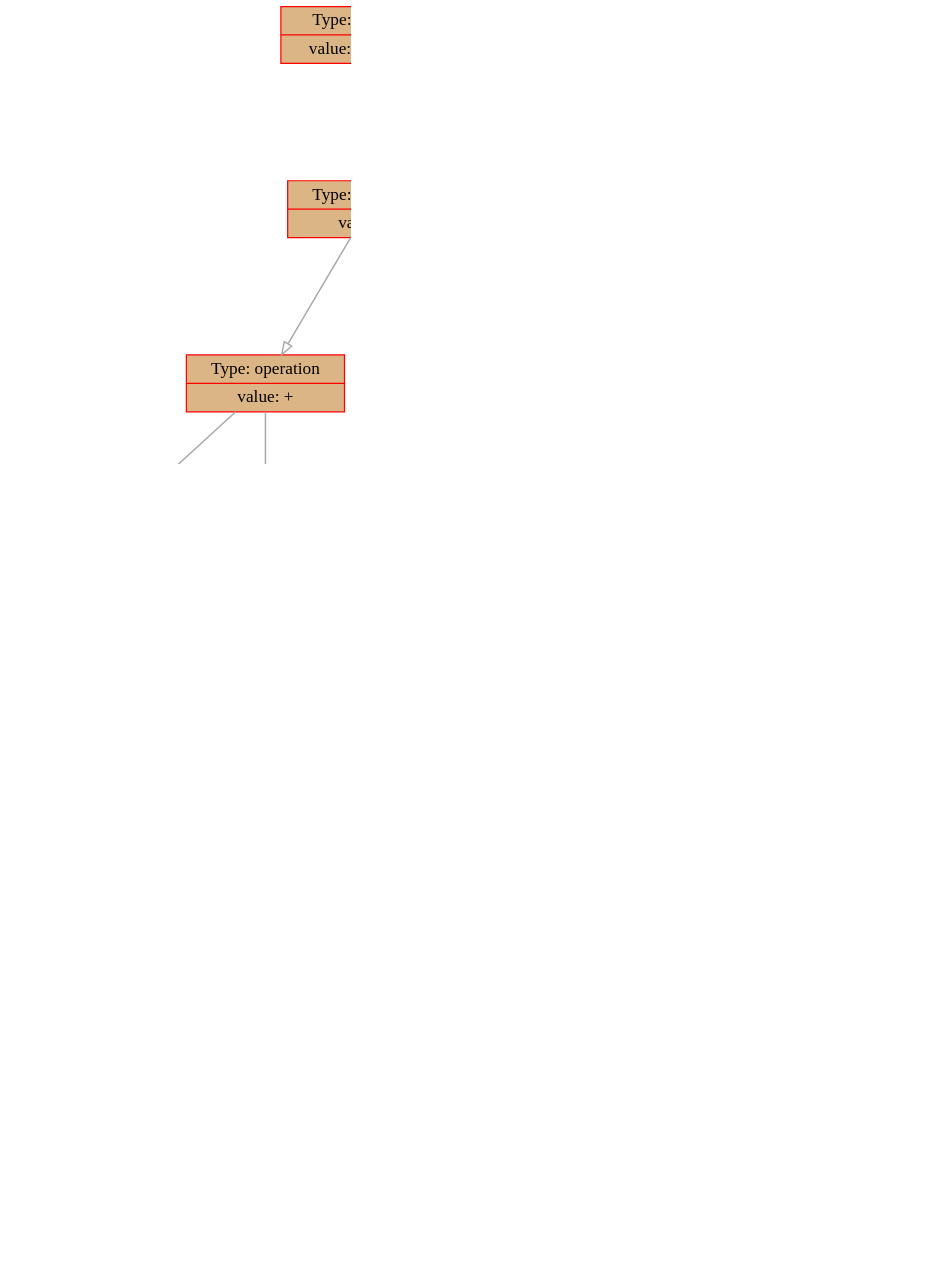
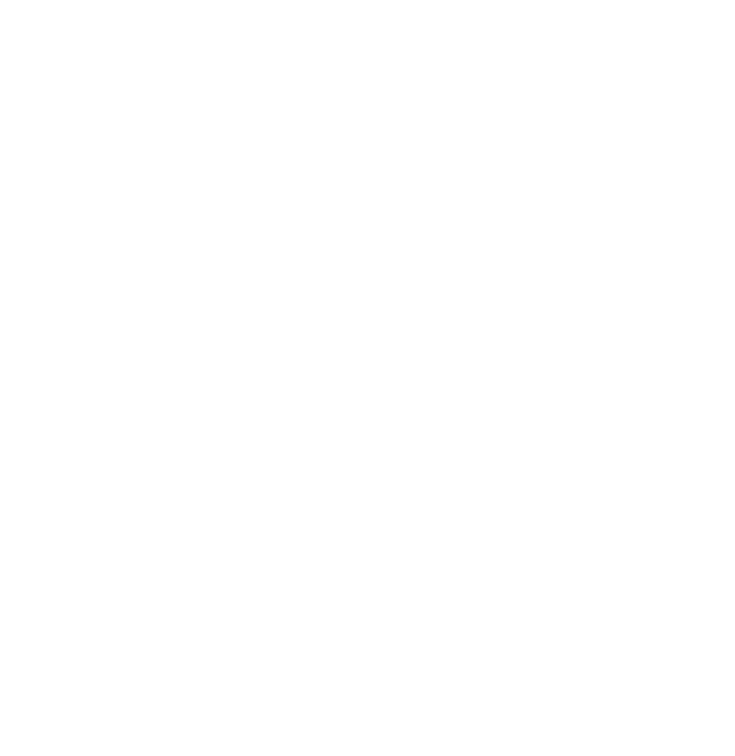
One commit to dodokek/ProgrammingLanguage changed the diagram in frontend/data/graph.dot. Above: the diagram before and after it, drawn with Graphviz. The commit also changed 5 other files, not shown here.

```diff
--- a/frontend/data/graph.dot
+++ b/frontend/data/graph.dot
@@ -1,64 +1,43 @@
 
     digraph g {
         dpi      = 200;
         fontname = "Comic Sans MS";
         fontsize = 20;
         rankdir   =  TB;
         edge [color = darkgrey, arrowhead = onormal, arrowsize = 1, penwidth = 1.2]
         graph[fillcolor = lightgreen, ranksep = 1.3, nodesep = 0.5,
         style = "rounded, filled",color = green, penwidth = 2]
 
-    Node0000023e87248470[shape=record, width=0.2, style="filled", color="red", fillcolor="#DBB585",label=" {Type: operation | value: Statement}"] 
+    Node0000026e55757800[shape=record, width=0.2, style="filled", color="red", fillcolor="#DBB585",label=" {Type: operation | value: Statement}"] 
  
-Node0000023e872484a0[shape=record, width=0.2, style="filled", color="red", fillcolor="#DBB585",label=" {Type: operation | value: if}"] 
+Node0000026e55757770[shape=record, width=0.2, style="filled", color="red", fillcolor="#DBB585",label=" {Type: operation | value: While}"] 
  
-Node0000023e87247f40[shape=record, width=0.2, style="filled", color="red", fillcolor="#DBB585",label=" {Type: operation | value: +}"] 
+Node0000026e55757680[shape=record, width=0.2, style="filled", color="red", fillcolor="#DBB585",label=" {Type: operation | value: +}"] 
  
-Node0000023e872475b0[shape=record, width=0.2, style="filled", color="red", fillcolor="#DB8E21",label=" {Type: number | value: 5}"] 
+Node0000026e557575b0[shape=record, width=0.2, style="filled", color="red", fillcolor="#DB8E21",label=" {Type: number | value: 1}"] 
  
-Node0000023e872475e0[shape=record, width=0.2, style="filled", color="red", fillcolor="#DB8E21",label=" {Type: number | value: 5}"] 
+Node0000026e55757650[shape=record, width=0.2, style="filled", color="red", fillcolor="#DB8E21",label=" {Type: number | value: 2}"] 
  
-Node0000023e872481a0[shape=record, width=0.2, style="filled", color="red", fillcolor="#DBB585",label=" {Type: operation | value: else}"] 
+Node0000026e55757740[shape=record, width=0.2, style="filled", color="red", fillcolor="#DBB585",label=" {Type: operation | value: Statement}"] 
  
-Node0000023e872480c0[shape=record, width=0.2, style="filled", color="red", fillcolor="#DBB585",label=" {Type: operation | value: Statement}"] 
+Node0000026e557576b0[shape=record, width=0.2, style="filled", color="red", fillcolor="#DB8E21",label=" {Type: number | value: 2}"] 
  
-Node0000023e87247f70[shape=record, width=0.2, style="filled", color="red", fillcolor="#DB8E21",label=" {Type: number | value: 1}"] 
+Node0000026e55757710[shape=record, width=0.2, style="filled", color="red", fillcolor="#DBB585",label=" {Type: operation | value: Statement}"] 
  
-Node0000023e87248090[shape=record, width=0.2, style="filled", color="red", fillcolor="#DBB585",label=" {Type: operation | value: Statement}"] 
+Node0000026e557576e0[shape=record, width=0.2, style="filled", color="red", fillcolor="#DB8E21",label=" {Type: number | value: 3}"] 
  
-Node0000023e87247fa0[shape=record, width=0.2, style="filled", color="red", fillcolor="#DB8E21",label=" {Type: number | value: 2}"] 
+Node0000026e557577d0[shape=record, width=0.2, style="filled", color="red", fillcolor="#DBB585",label=" {Type: operation | value: Statement}"] 
  
-Node0000023e87248060[shape=record, width=0.2, style="filled", color="red", fillcolor="#DBB585",label=" {Type: operation | value: Statement}"] 
+Node0000026e557577a0[shape=record, width=0.2, style="filled", color="red", fillcolor="#DB8E21",label=" {Type: number | value: 4}"] 
  
-Node0000023e87247fd0[shape=record, width=0.2, style="filled", color="red", fillcolor="#DB8E21",label=" {Type: number | value: 3}"] 
- 
-Node0000023e87248030[shape=record, width=0.2, style="filled", color="red", fillcolor="#DBB585",label=" {Type: operation | value: Statement}"] 
- 
-Node0000023e87248000[shape=record, width=0.2, style="filled", color="red", fillcolor="#DB8E21",label=" {Type: number | value: 4}"] 
- 
-Node0000023e87248320[shape=record, width=0.2, style="filled", color="red", fillcolor="#DBB585",label=" {Type: operation | value: Statement}"] 
- 
-Node0000023e87248230[shape=record, width=0.2, style="filled", color="red", fillcolor="#DB8E21",label=" {Type: number | value: 3}"] 
- 
-Node0000023e872482c0[shape=record, width=0.2, style="filled", color="red", fillcolor="#DBB585",label=" {Type: operation | value: Statement}"] 
- 
-Node0000023e87248290[shape=record, width=0.2, style="filled", color="red", fillcolor="#DB8E21",label=" {Type: number | value: 4}"] 
- 
-Node0000023e87248470->Node0000023e872484a0
-Node0000023e872484a0->Node0000023e87247f40
-Node0000023e87247f40->Node0000023e872475b0
-Node0000023e87247f40->Node0000023e872475e0
-Node0000023e872484a0->Node0000023e872481a0
-Node0000023e872481a0->Node0000023e872480c0
-Node0000023e872480c0->Node0000023e87247f70
-Node0000023e872480c0->Node0000023e87248090
-Node0000023e87248090->Node0000023e87247fa0
-Node0000023e87248090->Node0000023e87248060
-Node0000023e87248060->Node0000023e87247fd0
-Node0000023e87248060->Node0000023e87248030
-Node0000023e87248030->Node0000023e87248000
-Node0000023e872481a0->Node0000023e87248320
-Node0000023e87248320->Node0000023e87248230
-Node0000023e87248320->Node0000023e872482c0
-Node0000023e872482c0->Node0000023e87248290
+Node0000026e55757800->Node0000026e55757770
+Node0000026e55757770->Node0000026e55757680
+Node0000026e55757680->Node0000026e557575b0
+Node0000026e55757680->Node0000026e55757650
+Node0000026e55757770->Node0000026e55757740
+Node0000026e55757740->Node0000026e557576b0
+Node0000026e55757740->Node0000026e55757710
+Node0000026e55757710->Node0000026e557576e0
+Node0000026e55757800->Node0000026e557577d0
+Node0000026e557577d0->Node0000026e557577a0
 }
```
